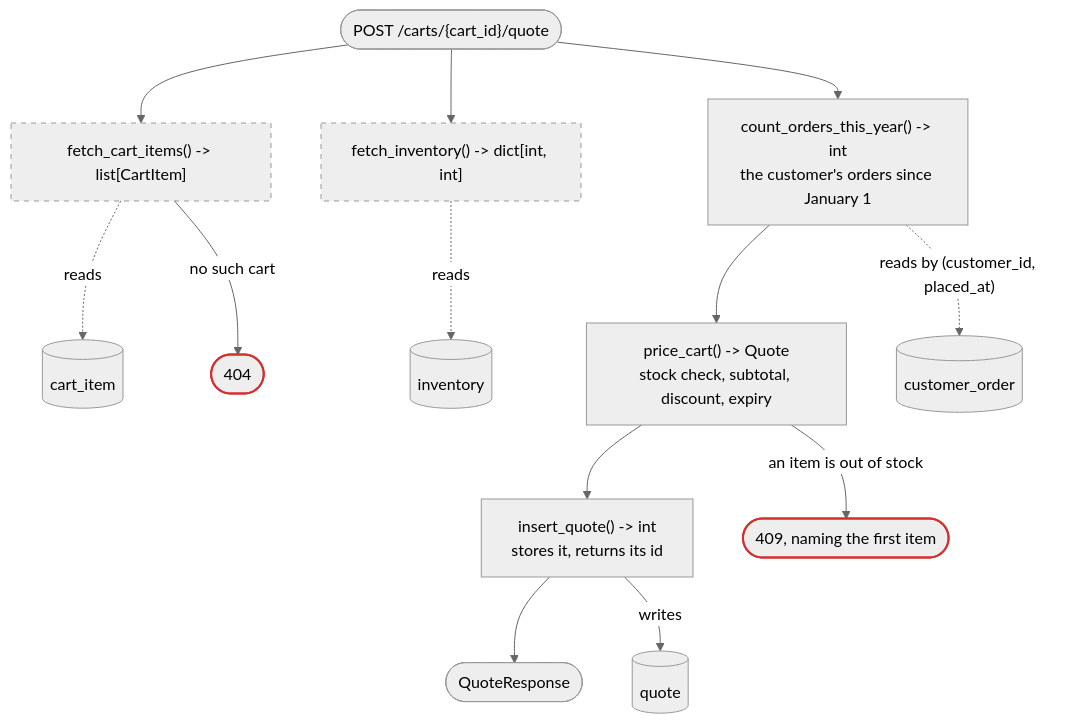
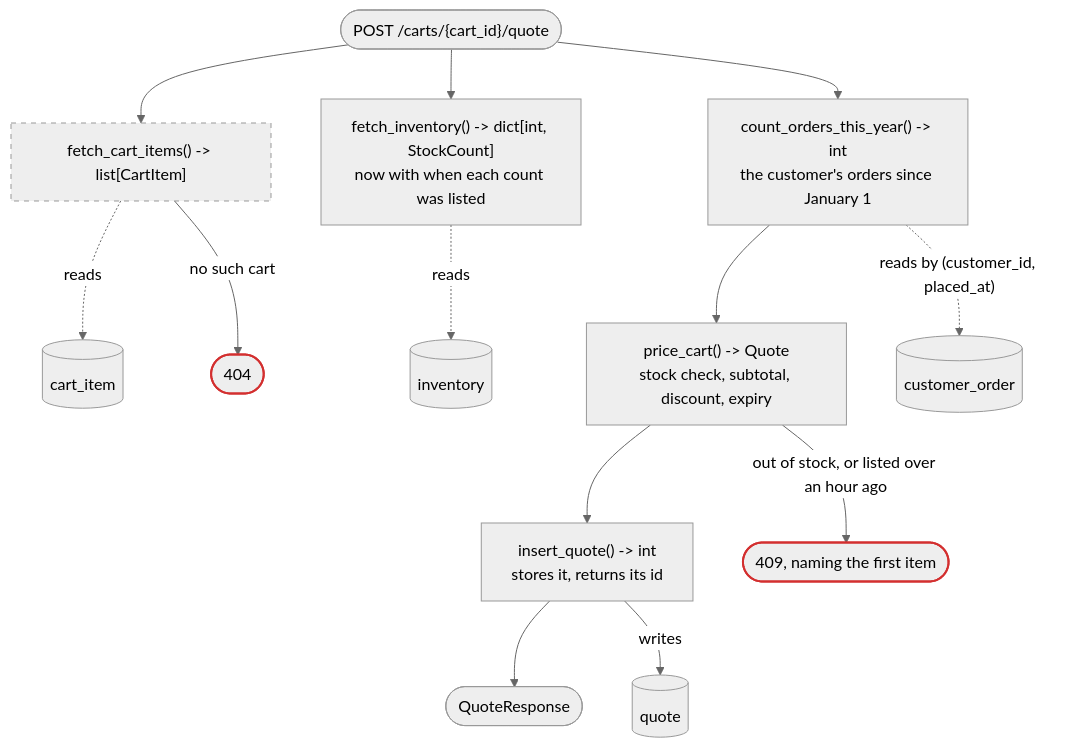
Before and after one commit to dezmon-fernandez/skillz: the first of 3 diagrams in skills/generate-plan-v2/references/example.md, drawn with Mermaid (neutral theme). The commit also changed other lines of this file and 9 other files, not shown here.

````diff
--- a/skills/generate-plan-v2/references/example.md
+++ b/skills/generate-plan-v2/references/example.md
@@ -62,18 +159,18 @@
 ```mermaid
 flowchart TD
     post(["POST /carts/{cart_id}/quote"])
     post --> items["fetch_cart_items() -> list[CartItem]"]:::reused
-    post --> stock["fetch_inventory() -> dict[int, int]"]:::reused
+    post --> stock["fetch_inventory() -> dict[int, StockCount]<br/>now with when each count was listed"]
     post --> count["count_orders_this_year() -> int<br/>the customer's orders since January 1"]
     count --> price["price_cart() -> Quote<br/>stock check, subtotal, discount, expiry"]
     price --> insert["insert_quote() -> int<br/>stores it, returns its id"]
     insert --> response(["QuoteResponse"])
     items -. reads .-> cart_item[("cart_item")]
     stock -. reads .-> inventory[("inventory")]
     count -. "reads by (customer_id, placed_at)" .-> customer_order[("customer_order")]
     insert -- writes --> quote[("quote")]
     items -- "no such cart" --> notfound(["404"]):::refused
-    price -- "an item is out of stock" --> outofstock(["409, naming the first item"]):::refused
+    price -- "out of stock, or listed over an hour ago" --> outofstock(["409, naming the first item"]):::refused
     classDef reused stroke-dasharray: 5 5
     classDef refused stroke:#d32f2f,stroke-width:2px
 ```
````
